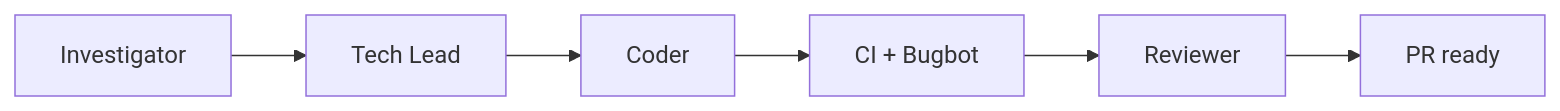
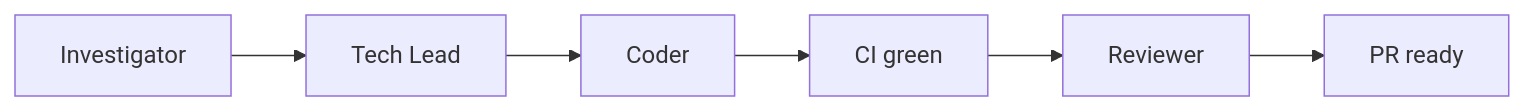
One commit to masumi-network/sokosumi changed the diagram in .cursor/skills/team-sapphire/SKILL.md. Above: the diagram before and after it, drawn with Mermaid. The commit also changed other lines of this file and 10 other files, not shown here.

````diff
--- a/.cursor/skills/team-sapphire/SKILL.md
+++ b/.cursor/skills/team-sapphire/SKILL.md
@@ -15,8 +15,8 @@
 ```mermaid
 flowchart LR
   inv[Investigator] --> lead[Tech Lead]
   lead --> code[Coder]
-  code --> gates[CI + Bugbot]
-  gates --> rev[Reviewer]
+  code --> ci[CI green]
+  ci --> rev[Reviewer]
   rev --> pr[PR ready]
 ```
````
